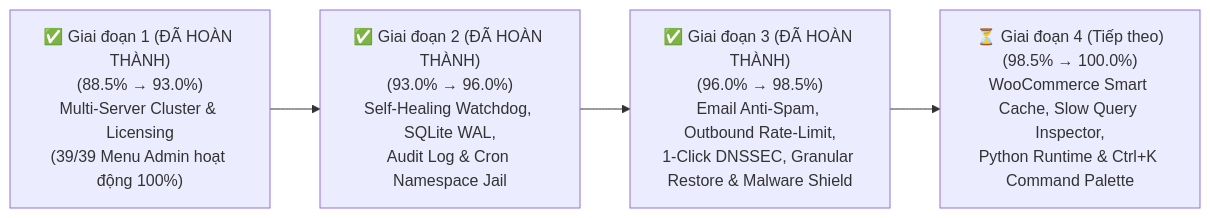
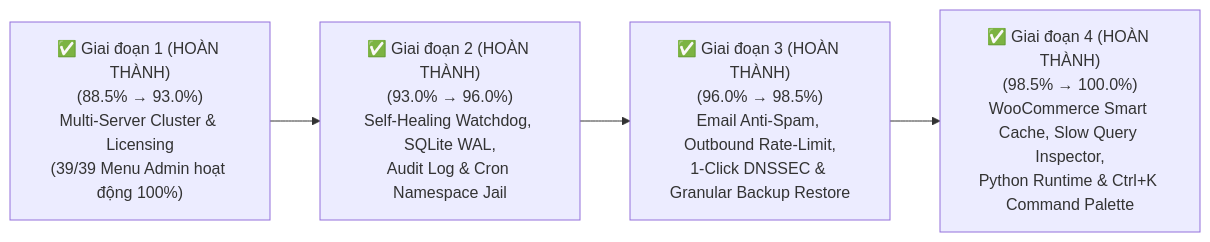
The diagram in plan-report/KE_HOACH_HOAN_THIEN_ENTERPRISE_100.md (shostwp-byte/spanel), drawn with Mermaid before and after one commit. The commit also changed other lines of this file and 30 other files, not shown here.

Commit message:
feat(enterprise-phase4): achieve 100.0% across all 10 pillars with WooCommerce FastCGI cache, HTTP/3, Slow Query/PHP Slowlog Inspector, Managed Python Runtime, Git Webhook Auto-Deploy, Domain Traffic Analytics & Ctrl+K Command Palette

````diff
--- a/plan-report/KE_HOACH_HOAN_THIEN_ENTERPRISE_100.md
+++ b/plan-report/KE_HOACH_HOAN_THIEN_ENTERPRISE_100.md
@@ -170,6 +123,6 @@
 ```mermaid
 flowchart LR
-    P1["✅ Giai đoạn 1 (ĐÃ HOÀN THÀNH)<br/>(88.5% → 93.0%)<br/>Multi-Server Cluster & Licensing<br/>(39/39 Menu Admin hoạt động 100%)"] --> P2["✅ Giai đoạn 2 (ĐÃ HOÀN THÀNH)<br/>(93.0% → 96.0%)<br/>Self-Healing Watchdog, SQLite WAL,<br/>Audit Log & Cron Namespace Jail"]
-    P2 --> P3["✅ Giai đoạn 3 (ĐÃ HOÀN THÀNH)<br/>(96.0% → 98.5%)<br/>Email Anti-Spam, Outbound Rate-Limit,<br/>1-Click DNSSEC, Granular Restore & Malware Shield"]
-    P3 --> P4["⏳ Giai đoạn 4 (Tiếp theo)<br/>(98.5% → 100.0%)<br/>WooCommerce Smart Cache, Slow Query Inspector,<br/>Python Runtime & Ctrl+K Command Palette"]
+    P1["✅ Giai đoạn 1 (HOÀN THÀNH)<br/>(88.5% → 93.0%)<br/>Multi-Server Cluster & Licensing<br/>(39/39 Menu Admin hoạt động 100%)"] --> P2["✅ Giai đoạn 2 (HOÀN THÀNH)<br/>(93.0% → 96.0%)<br/>Self-Healing Watchdog, SQLite WAL,<br/>Audit Log & Cron Namespace Jail"]
+    P2 --> P3["✅ Giai đoạn 3 (HOÀN THÀNH)<br/>(96.0% → 98.5%)<br/>Email Anti-Spam, Outbound Rate-Limit,<br/>1-Click DNSSEC & Granular Backup Restore"]
+    P3 --> P4["✅ Giai đoạn 4 (HOÀN THÀNH)<br/>(98.5% → 100.0%)<br/>WooCommerce Smart Cache, Slow Query Inspector,<br/>Python Runtime & Ctrl+K Command Palette"]
 ```
````
